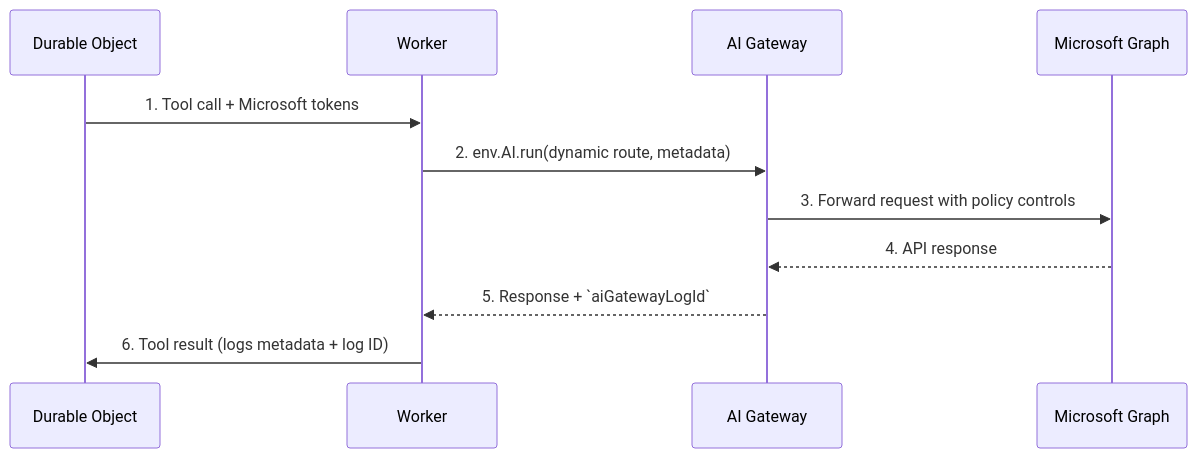
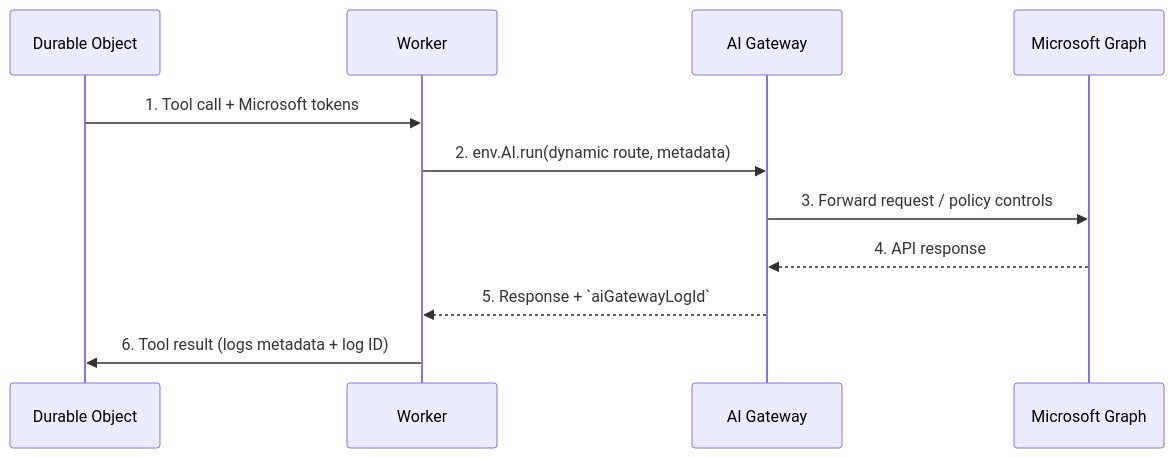
Before and after one commit to nikolanovoselec/m365-mcp-server-production: the third of 3 diagrams in TECHNICAL.md, drawn with Mermaid. The commit also changed other lines of this file and 1 other file, not shown here.

Commit message:
docs: clarify ai gateway coverage across channels

````diff
--- a/TECHNICAL.md
+++ b/TECHNICAL.md
@@ -63,14 +63,14 @@
 ```mermaid
 sequenceDiagram
     participant DO as Durable Object
     participant W as Worker
     participant G as AI Gateway
     participant Graph as Microsoft Graph
 
     DO->>W: 1. Tool call + Microsoft tokens
     W->>G: 2. env.AI.run(dynamic route, metadata)
-    G->>Graph: 3. Forward request with policy controls
+    G->>Graph: 3. Forward request / policy controls
     Graph-->>G: 4. API response
     G-->>W: 5. Response + `aiGatewayLogId`
     W->>DO: 6. Tool result (logs metadata + log ID)
 ```
````
